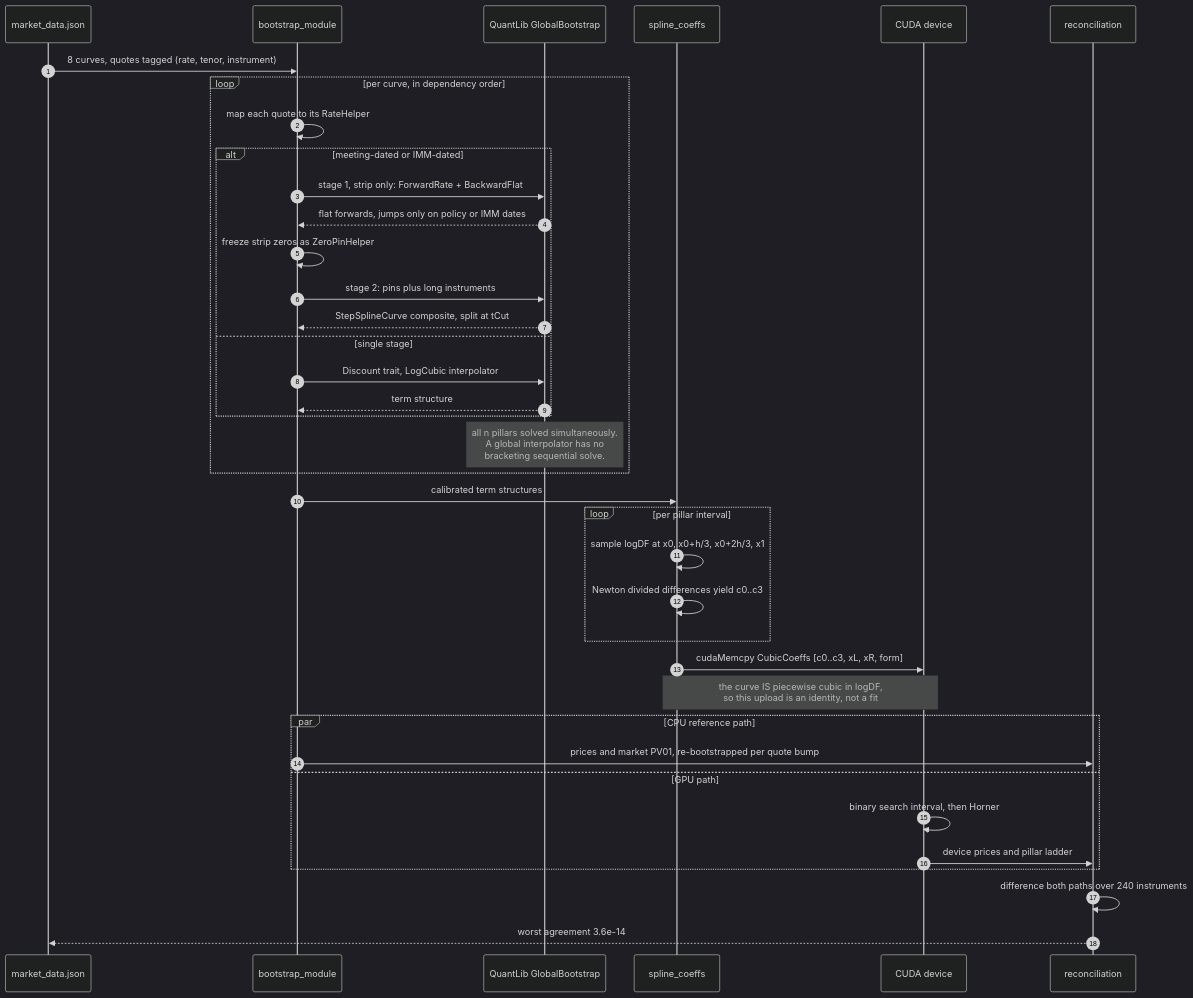
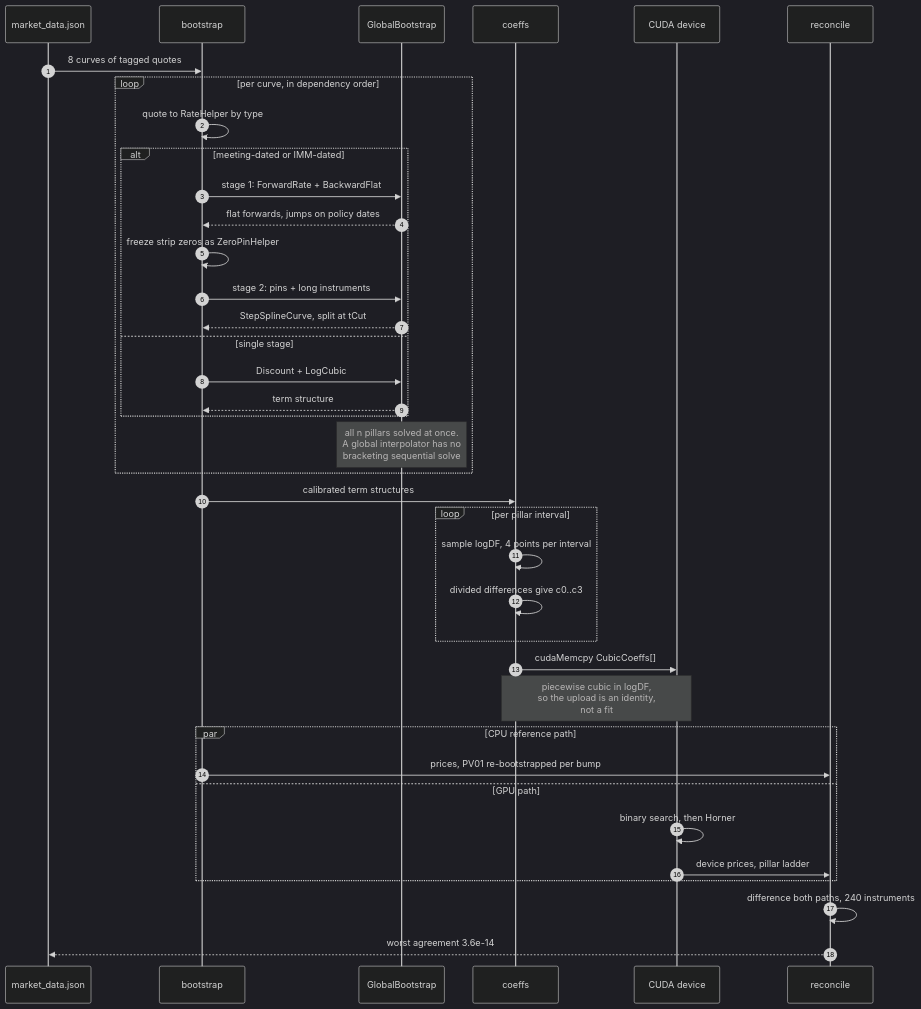
One commit to jrwglover/portfolio changed the diagram in src/components/dashboards/curve_model/diagrams/valuation-run.mmd. Above: the diagram before and after it, drawn with Mermaid (dark theme). The commit also changed 5 other files, not shown here.

First line of the commit message:
Scrub AI writing tells, and make the L2 container diagram readable

```diff
--- a/src/components/dashboards/curve_model/diagrams/valuation-run.mmd
+++ b/src/components/dashboards/curve_model/diagrams/valuation-run.mmd
@@ -1,46 +1,46 @@
 %% One valuation run, in order, with the real operations named.
-%% Note: avoid "->" and angle brackets inside message text; mermaid's sequence
+%% Note: avoid "->", angle brackets and semicolons in message text. The
 %% lexer reads them as arrow tokens and fails to parse.
 sequenceDiagram
   autonumber
   participant MD as market_data.json
-  participant B as bootstrap_module
-  participant QL as QuantLib GlobalBootstrap
-  participant SC as spline_coeffs
+  participant B as bootstrap
+  participant QL as GlobalBootstrap
+  participant SC as coeffs
   participant GPU as CUDA device
-  participant V as reconciliation
+  participant V as reconcile
 
-  MD->>B: 8 curves, quotes tagged (rate, tenor, instrument)
+  MD->>B: 8 curves of tagged quotes
 
   loop per curve, in dependency order
-    B->>B: map each quote to its RateHelper
+    B->>B: quote to RateHelper by type
     alt meeting-dated or IMM-dated
-      B->>QL: stage 1, strip only: ForwardRate + BackwardFlat
-      QL-->>B: flat forwards, jumps only on policy or IMM dates
+      B->>QL: stage 1: ForwardRate + BackwardFlat
+      QL-->>B: flat forwards, jumps on policy dates
       B->>B: freeze strip zeros as ZeroPinHelper
-      B->>QL: stage 2: pins plus long instruments
-      QL-->>B: StepSplineCurve composite, split at tCut
+      B->>QL: stage 2: pins + long instruments
+      QL-->>B: StepSplineCurve, split at tCut
     else single stage
-      B->>QL: Discount trait, LogCubic interpolator
+      B->>QL: Discount + LogCubic
       QL-->>B: term structure
     end
-    Note over QL: all n pillars solved simultaneously.<br/>A global interpolator has no<br/>bracketing sequential solve.
+    Note over QL: all n pillars solved at once.<br/>A global interpolator has no<br/>bracketing sequential solve
   end
 
   B->>SC: calibrated term structures
   loop per pillar interval
-    SC->>SC: sample logDF at x0, x0+h/3, x0+2h/3, x1
-    SC->>SC: Newton divided differences yield c0..c3
+    SC->>SC: sample logDF, 4 points per interval
+    SC->>SC: divided differences give c0..c3
   end
-  SC->>GPU: cudaMemcpy CubicCoeffs [c0..c3, xL, xR, form]
-  Note over SC,GPU: the curve IS piecewise cubic in logDF,<br/>so this upload is an identity, not a fit
+  SC->>GPU: cudaMemcpy CubicCoeffs[]
+  Note over SC,GPU: piecewise cubic in logDF,<br/>so the upload is an identity,<br/>not a fit
 
   par CPU reference path
-    B->>V: prices and market PV01, re-bootstrapped per quote bump
+    B->>V: prices, PV01 re-bootstrapped per bump
   and GPU path
-    GPU->>GPU: binary search interval, then Horner
-    GPU->>V: device prices and pillar ladder
+    GPU->>GPU: binary search, then Horner
+    GPU->>V: device prices, pillar ladder
   end
 
-  V->>V: difference both paths over 240 instruments
+  V->>V: difference both paths, 240 instruments
   V-->>MD: worst agreement 3.6e-14
```
